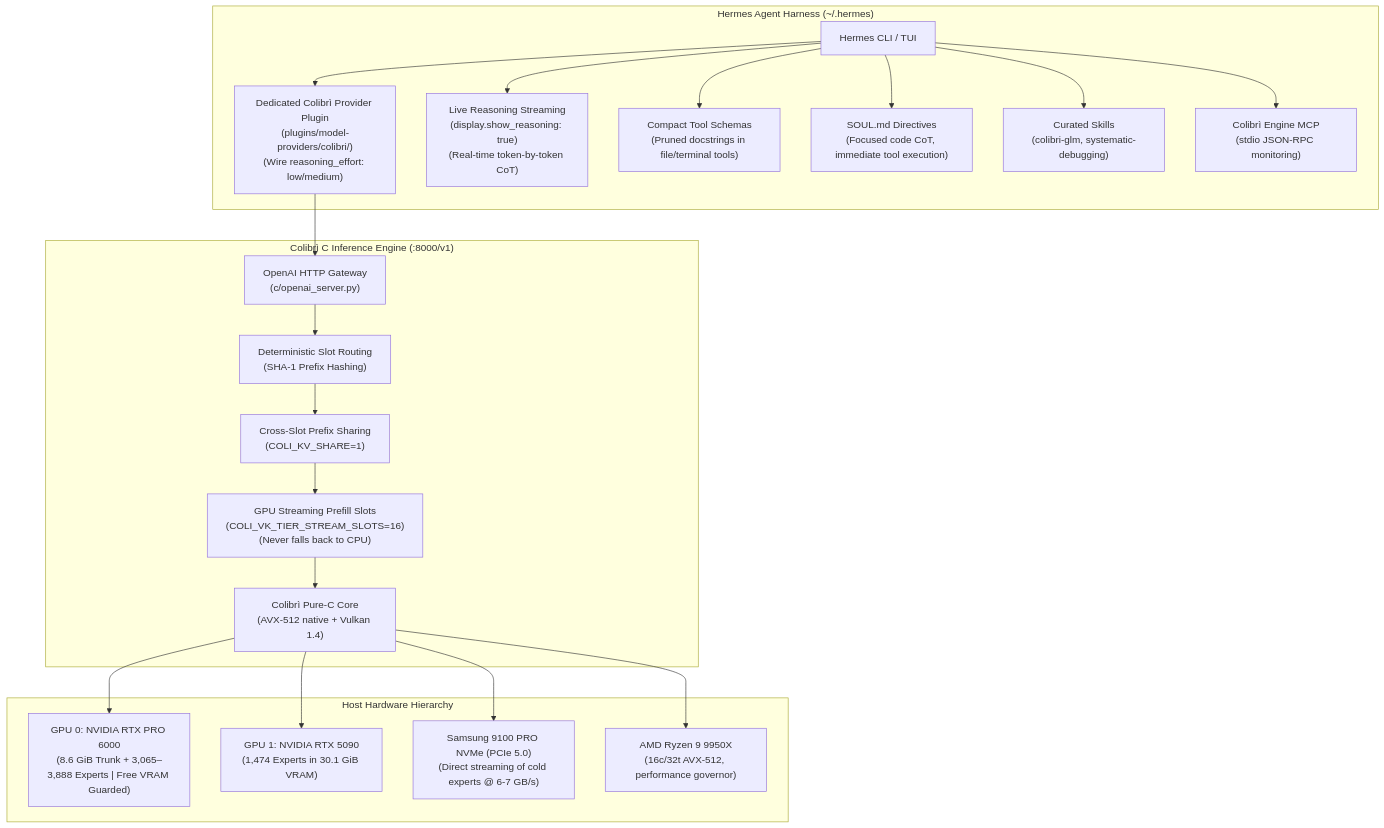
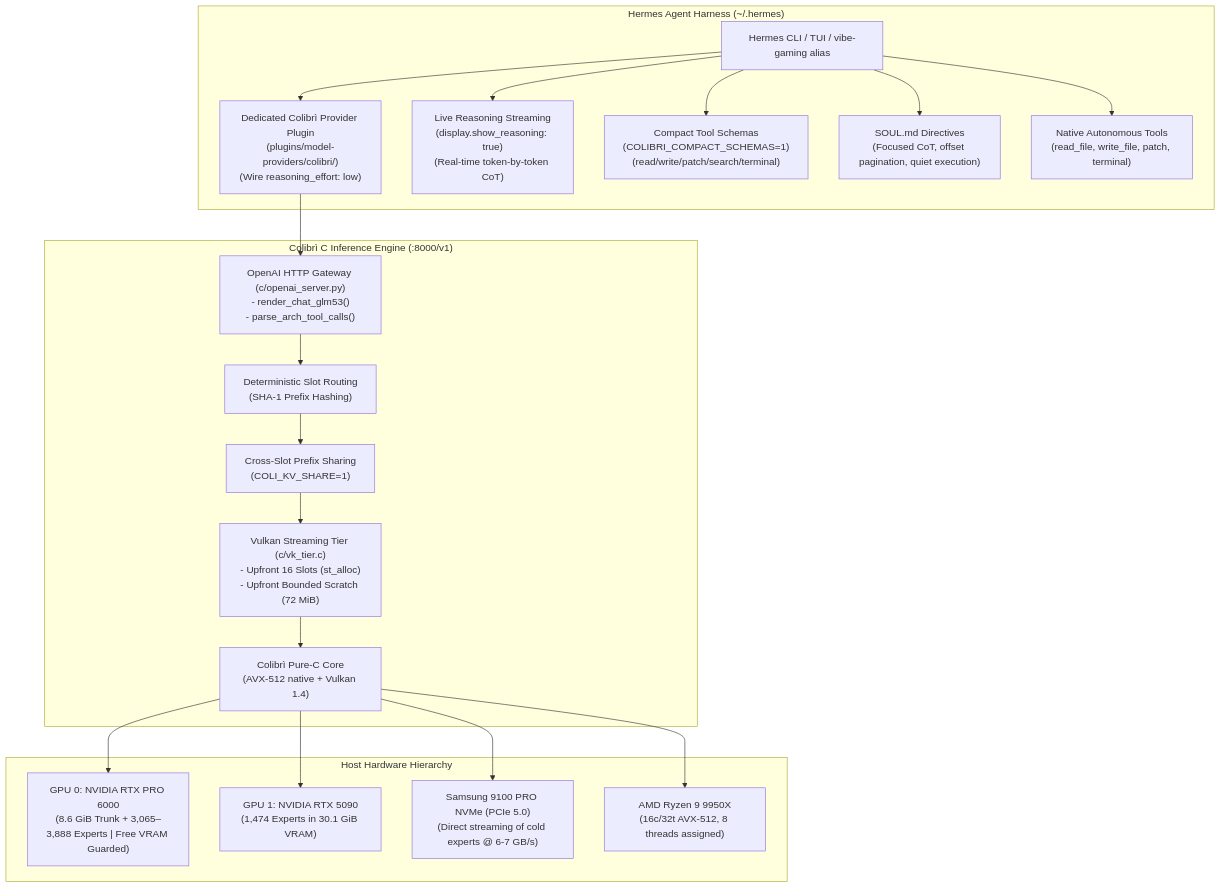
The first of 2 diagrams in .agents/references/plans/glm53_peak_performance_and_hermes_harness_plan.md (renanmb/colibri), drawn with Mermaid before and after one commit. The commit also changed other lines of this file and 2 other files, not shown here.

````diff
--- a/.agents/references/plans/glm53_peak_performance_and_hermes_harness_plan.md
+++ b/.agents/references/plans/glm53_peak_performance_and_hermes_harness_plan.md
@@ -37,43 +39,41 @@
 ```mermaid
 flowchart TD
     subgraph Client["Hermes Agent Harness (~/.hermes)"]
-        H_CLI["Hermes CLI / TUI"]
-        P_PROV["Dedicated Colibrì Provider Plugin\n(plugins/model-providers/colibri/)\n(Wire reasoning_effort: low/medium)"]
+        H_CLI["Hermes CLI / TUI / vibe-gaming alias"]
+        P_PROV["Dedicated Colibrì Provider Plugin\n(plugins/model-providers/colibri/)\n(Wire reasoning_effort: low)"]
         P_STREAM["Live Reasoning Streaming\n(display.show_reasoning: true)\n(Real-time token-by-token CoT)"]
-        P_LEAN["Compact Tool Schemas\n(Pruned docstrings in file/terminal tools)"]
-        SOUL["SOUL.md Directives\n(Focused code CoT, immediate tool execution)"]
-        SKILLS["Curated Skills\n(colibri-glm, systematic-debugging)"]
-        MCP["Colibrì Engine MCP\n(stdio JSON-RPC monitoring)"]
+        P_LEAN["Compact Tool Schemas\n(COLIBRI_COMPACT_SCHEMAS=1)\n(read/write/patch/search/terminal)"]
+        SOUL["SOUL.md Directives\n(Focused CoT, offset pagination, quiet execution)"]
+        TOOLS["Native Autonomous Tools\n(read_file, write_file, patch, terminal)"]
     end
 
     subgraph Server["Colibrì C Inference Engine (:8000/v1)"]
-        GATEWAY["OpenAI HTTP Gateway\n(c/openai_server.py)"]
+        GATEWAY["OpenAI HTTP Gateway (c/openai_server.py)\n- render_chat_glm53()\n- parse_arch_tool_calls()"]
         SLOT["Deterministic Slot Routing\n(SHA-1 Prefix Hashing)"]
         KV_SHARE["Cross-Slot Prefix Sharing\n(COLI_KV_SHARE=1)"]
-        VK_SCRATCH["GPU Streaming Prefill Slots\n(COLI_VK_TIER_STREAM_SLOTS=16)\n(Never falls back to CPU)"]
+        VK_TIER["Vulkan Streaming Tier (c/vk_tier.c)\n- Upfront 16 Slots (st_alloc)\n- Upfront Bounded Scratch (72 MiB)"]
         ENGINE["Colibrì Pure-C Core\n(AVX-512 native + Vulkan 1.4)"]
     end
 
     subgraph Hardware["Host Hardware Hierarchy"]
         GPU0["GPU 0: NVIDIA RTX PRO 6000\n(8.6 GiB Trunk + 3,065–3,888 Experts | Free VRAM Guarded)"]
         GPU1["GPU 1: NVIDIA RTX 5090\n(1,474 Experts in 30.1 GiB VRAM)"]
         NVME["Samsung 9100 PRO NVMe (PCIe 5.0)\n(Direct streaming of cold experts @ 6-7 GB/s)"]
-        CPU["AMD Ryzen 9 9950X\n(16c/32t AVX-512, performance governor)"]
+        CPU["AMD Ryzen 9 9950X\n(16c/32t AVX-512, 8 threads assigned)"]
     end
 
     H_CLI --> P_PROV
     P_PROV --> GATEWAY
     H_CLI --> P_STREAM
     H_CLI --> P_LEAN
     H_CLI --> SOUL
-    H_CLI --> SKILLS
-    H_CLI --> MCP
+    H_CLI --> TOOLS
     GATEWAY --> SLOT
     SLOT --> KV_SHARE
-    KV_SHARE --> VK_SCRATCH
-    VK_SCRATCH --> ENGINE
+    KV_SHARE --> VK_TIER
+    VK_TIER --> ENGINE
     ENGINE --> GPU0
     ENGINE --> GPU1
     ENGINE --> NVME
     ENGINE --> CPU
 ```
````
